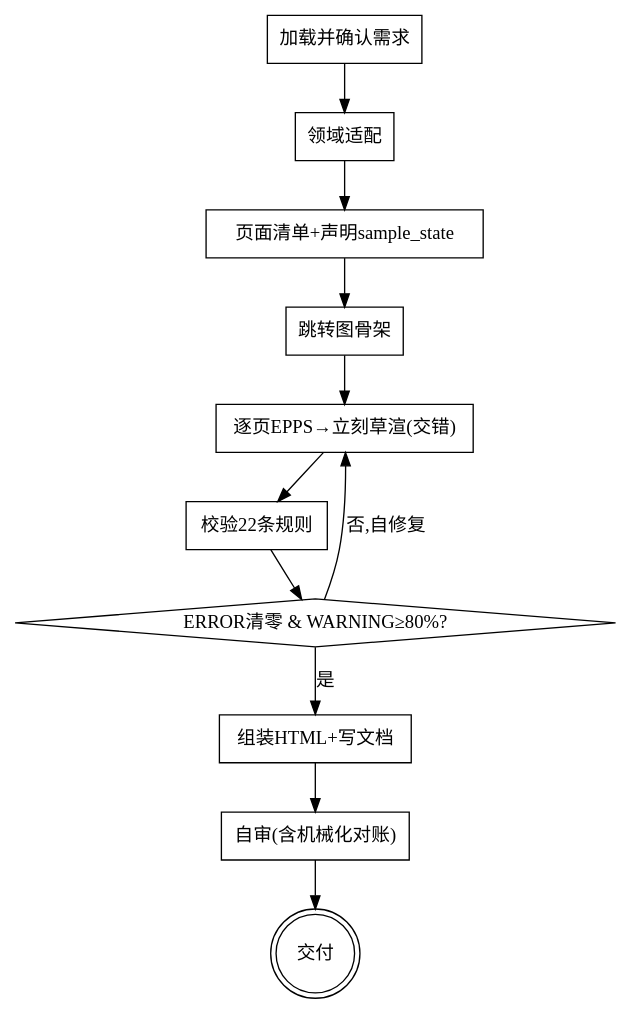
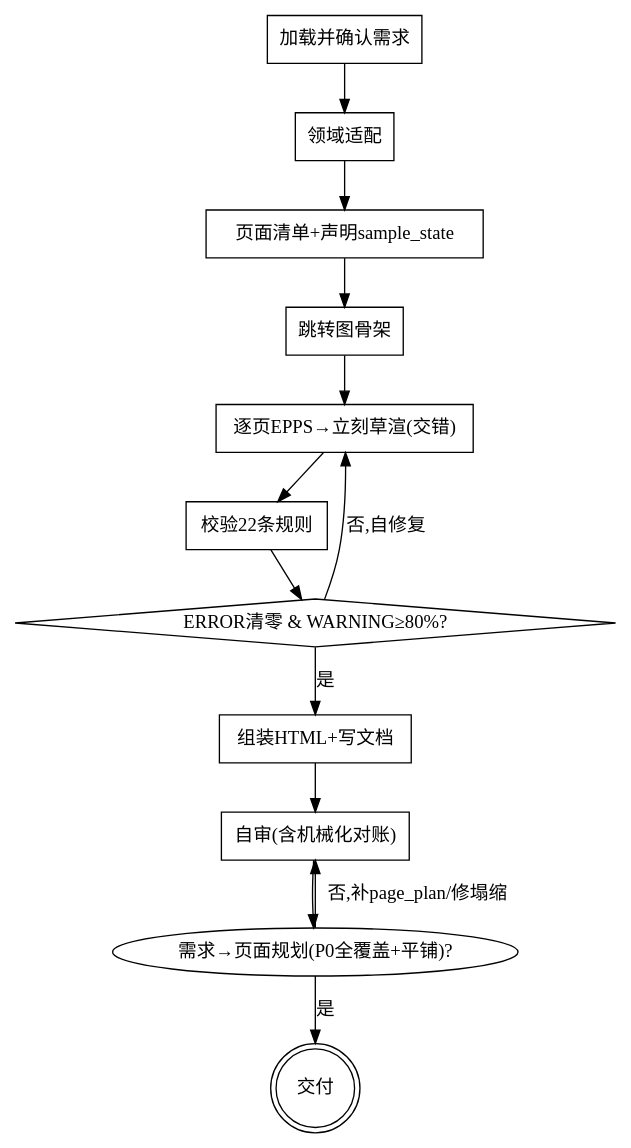
One commit to ironbob/DesignSKills changed the diagram in skills/interaction-prototype/SKILL.md. Above: the diagram before and after it, drawn with Graphviz. The commit also changed other lines of this file and 6 other files, not shown here.

````diff
--- a/skills/interaction-prototype/SKILL.md
+++ b/skills/interaction-prototype/SKILL.md
@@ -115,26 +115,28 @@
 ```dot
 digraph prototype {
   rankdir=TB;
   "加载并确认需求" [shape=box];
   "领域适配" [shape=box];
   "页面清单+声明sample_state" [shape=box];
   "跳转图骨架" [shape=box];
   "逐页EPPS→立刻草渲(交错)" [shape=box];
   "校验22条规则" [shape=box];
   "ERROR清零 & WARNING≥80%?" [shape=diamond];
   "组装HTML+写文档" [shape=box];
   "自审(含机械化对账)" [shape=box];
   "交付" [shape=doublecircle];
 
   "加载并确认需求" -> "领域适配";
   "领域适配" -> "页面清单+声明sample_state";
   "页面清单+声明sample_state" -> "跳转图骨架";
   "跳转图骨架" -> "逐页EPPS→立刻草渲(交错)";
   "逐页EPPS→立刻草渲(交错)" -> "校验22条规则";
   "校验22条规则" -> "ERROR清零 & WARNING≥80%?";
   "ERROR清零 & WARNING≥80%?" -> "逐页EPPS→立刻草渲(交错)" [label="否,自修复"];
   "ERROR清零 & WARNING≥80%?" -> "组装HTML+写文档" [label="是"];
   "组装HTML+写文档" -> "自审(含机械化对账)";
-  "自审(含机械化对账)" -> "交付";
+  "自审(含机械化对账)" -> "需求→页面规划(P0全覆盖+平铺)?";
+  "需求→页面规划(P0全覆盖+平铺)?" -> "自审(含机械化对账)" [label="否,补page_plan/修塌缩"];
+  "需求→页面规划(P0全覆盖+平铺)?" -> "交付" [label="是"];
 }
 ```
````
